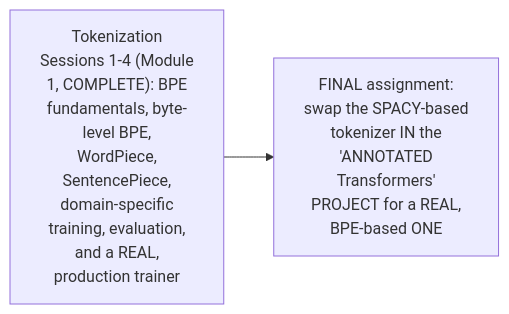
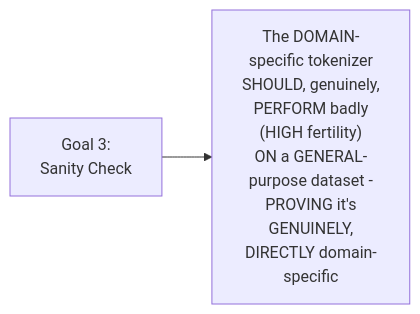
One commit to sanjeevpalla/Notes changed diagram 16 of 27 in LLM Production AI Engineering/1. AI Foundations/2. Tokenization/4. Resolving the Vocabulary-Size Conflict.md. Above: the diagram before and after it, drawn with Mermaid. The commit also changed other lines of this file and 7 other files, not shown here.

````diff
--- a/LLM Production AI Engineering/1. AI Foundations/2. Tokenization/4. Resolving the Vocabulary-Size Conflict.md
+++ b/LLM Production AI Engineering/1. AI Foundations/2. Tokenization/4. Resolving the Vocabulary-Size Conflict.md
@@ -529,4 +329,4 @@
 ```mermaid
 flowchart LR
-    A["Tokenization<br/>Sessions 1-4 (Module<br/>1, COMPLETE): BPE<br/>fundamentals, byte-<br/>level BPE,<br/>WordPiece,<br/>SentencePiece,<br/>domain-specific<br/>training, evaluation,<br/>and a REAL,<br/>production trainer"] --> B["FINAL assignment:<br/>swap the SPACY-based<br/>tokenizer IN the<br/>'ANNOTATED<br/>Transformers'<br/>PROJECT for a REAL,<br/>BPE-based ONE"]
+    A["Goal 3:<br/>Sanity Check"] --> B["The DOMAIN-<br/>specific tokenizer<br/>SHOULD, genuinely,<br/>PERFORM badly<br/>(HIGH fertility)<br/>ON a GENERAL-<br/>purpose dataset -<br/>PROVING it's<br/>GENUINELY,<br/>DIRECTLY domain-<br/>specific"]
 ```
````
